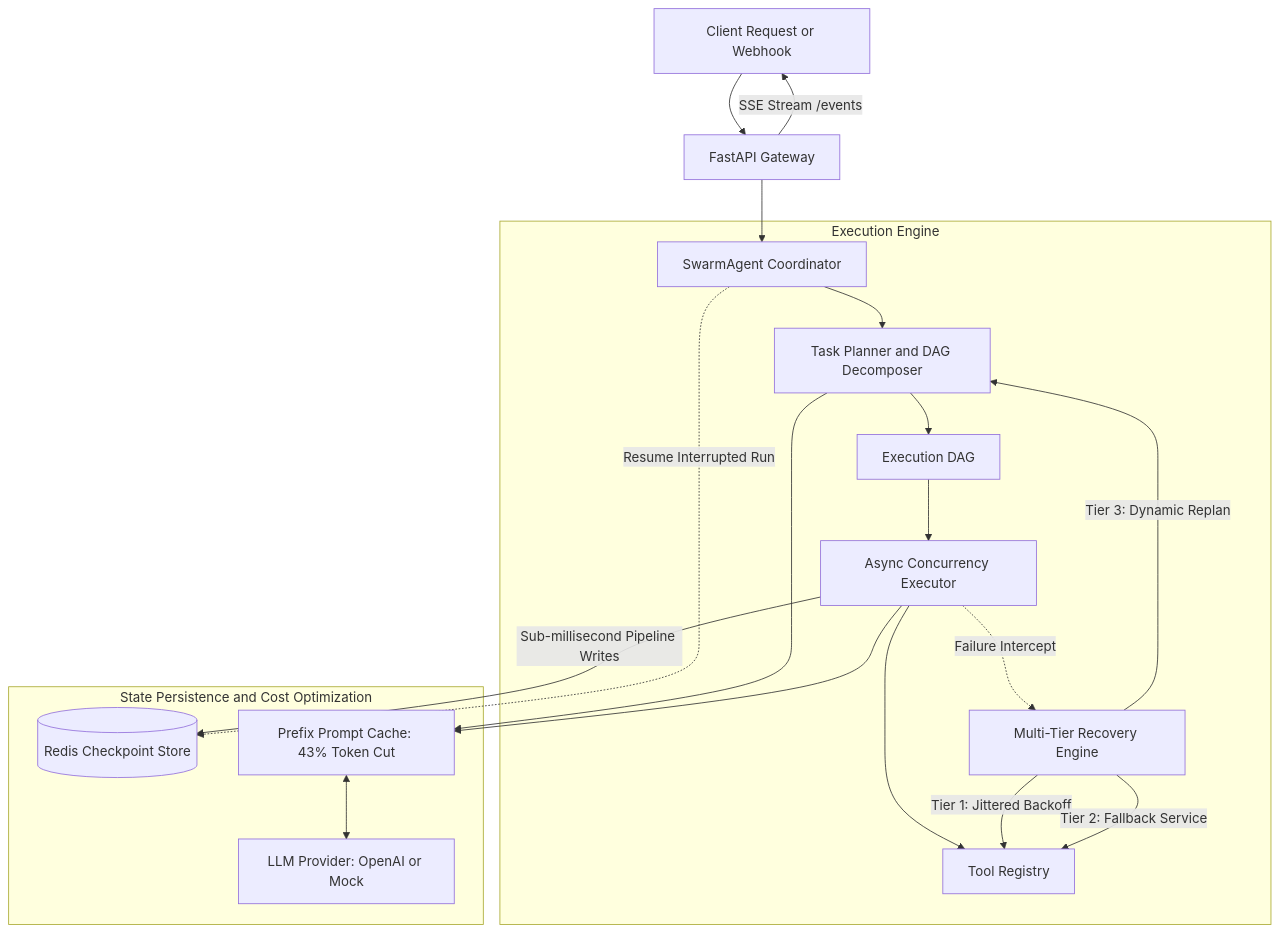
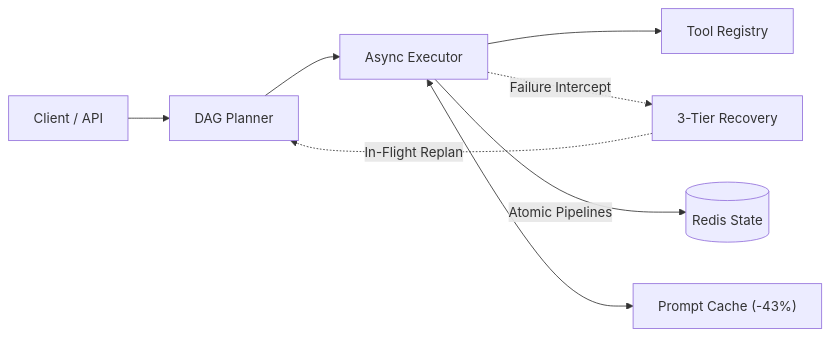
Before and after one commit to priyanshum17/swarm: the diagram in README.md, drawn with Mermaid. The commit also changed other lines of this file, not shown here.

Commit message:
Streamline README to compact format with clean horizontal Mermaid diagram

````diff
--- a/README.md
+++ b/README.md
@@ -29,27 +22,10 @@
 ```mermaid
-flowchart TD
-    Client["Client Request or Webhook"] --> API["FastAPI Gateway"]
-    API --> Agent["SwarmAgent Coordinator"]
-    
-    subgraph ExecutionEngine ["Execution Engine"]
-        Agent --> Planner["Task Planner and DAG Decomposer"]
-        Planner --> DAG["Execution DAG"]
-        DAG --> Executor["Async Concurrency Executor"]
-        Executor --> Tools["Tool Registry"]
-        
-        Executor -.->|Failure Intercept| Recovery["Multi-Tier Recovery Engine"]
-        Recovery -->|Tier 1: Jittered Backoff| Tools
-        Recovery -->|Tier 2: Fallback Service| Tools
-        Recovery -->|Tier 3: Dynamic Replan| Planner
-    end
-
-    subgraph StateAndCost ["State Persistence and Cost Optimization"]
-        Executor -->|Sub-millisecond Pipeline Writes| Redis[("Redis Checkpoint Store")]
-        Agent -.->|Resume Interrupted Run| Redis
-        Planner --> Cache["Prefix Prompt Cache: 43% Token Cut"]
-        Executor --> Cache
-        Cache <--> LLM["LLM Provider: OpenAI or Mock"]
-    end
-
-    API -->|SSE Stream /events| Client
+flowchart LR
+    A["Client / API"] --> B["DAG Planner"]
+    B --> C["Async Executor"]
+    C --> D["Tool Registry"]
+    C -.->|Failure Intercept| E["3-Tier Recovery"]
+    E -.->|In-Flight Replan| B
+    C -->|Atomic Pipelines| F[("Redis State")]
+    C <--> G["Prompt Cache (-43%)"]
 ```
````
